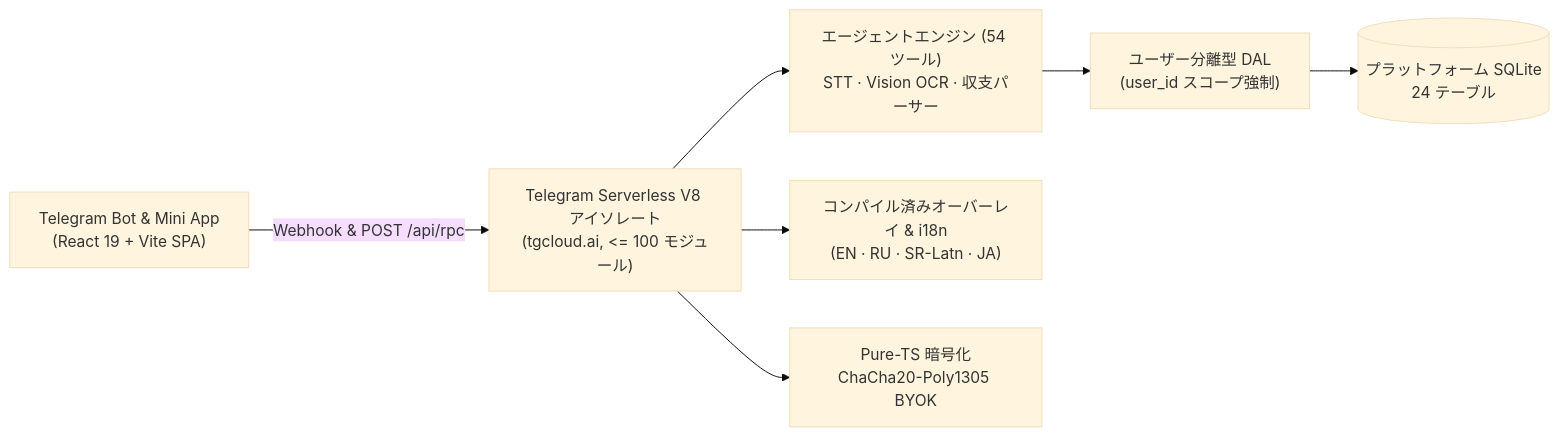
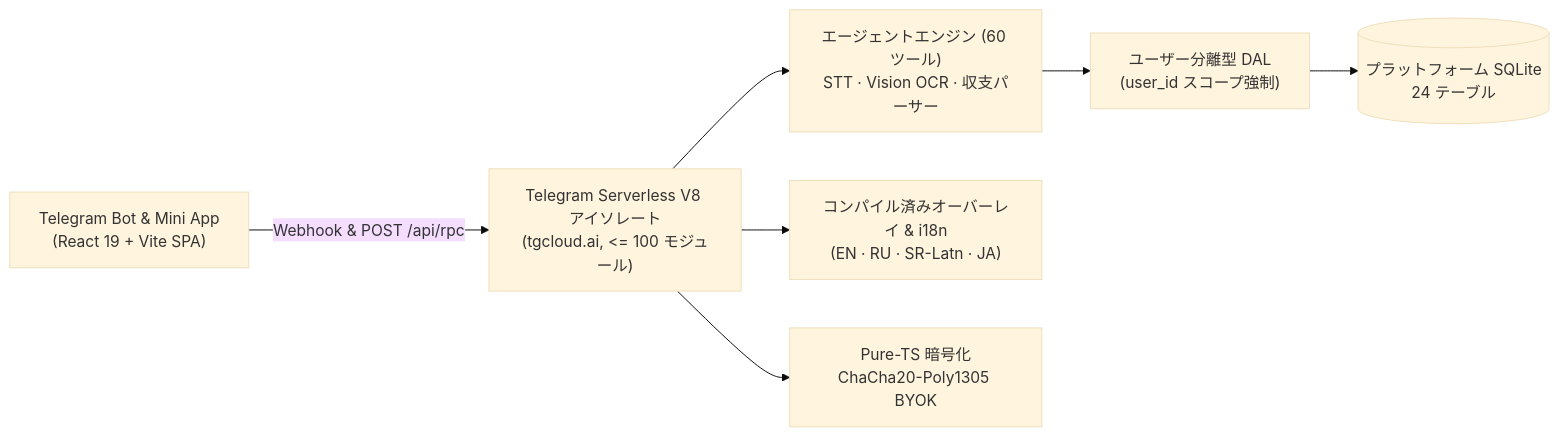
Before and after one commit to ValDagon/tokio: the diagram in README.ja.md, drawn with Mermaid (base theme). The commit also changed other lines of this file and 70 other files, not shown here.

````diff
--- a/README.ja.md
+++ b/README.ja.md
@@ -22,9 +22,9 @@
 ```mermaid
 flowchart LR
   TG["Telegram Bot & Mini App<br/>(React 19 + Vite SPA)"] -->|Webhook & POST /api/rpc| ISO["Telegram Serverless V8 アイソレート<br/>(tgcloud.ai, <= 100 モジュール)"]
-  ISO --> AGENT["エージェントエンジン (54 ツール)<br/>STT · Vision OCR · 収支パーサー"]
+  ISO --> AGENT["エージェントエンジン (60 ツール)<br/>STT · Vision OCR · 収支パーサー"]
   ISO --> OVERLAY["コンパイル済みオーバーレイ & i18n<br/>(EN · RU · SR-Latn · JA)"]
   ISO --> CRYPTO["Pure-TS 暗号化<br/>ChaCha20-Poly1305 BYOK"]
   AGENT --> DAL["ユーザー分離型 DAL<br/>(user_id スコープ強制)"]
   DAL --> DB[("プラットフォーム SQLite<br/>24 テーブル")]
 ```
````
